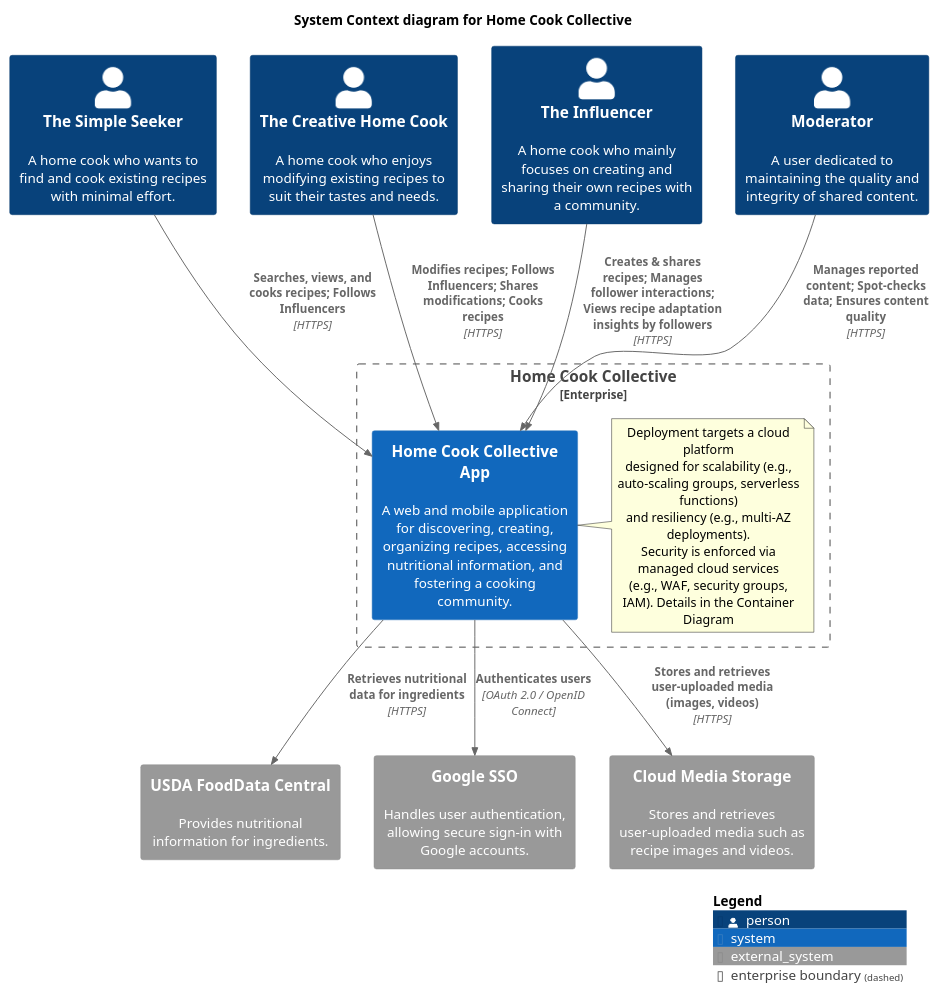
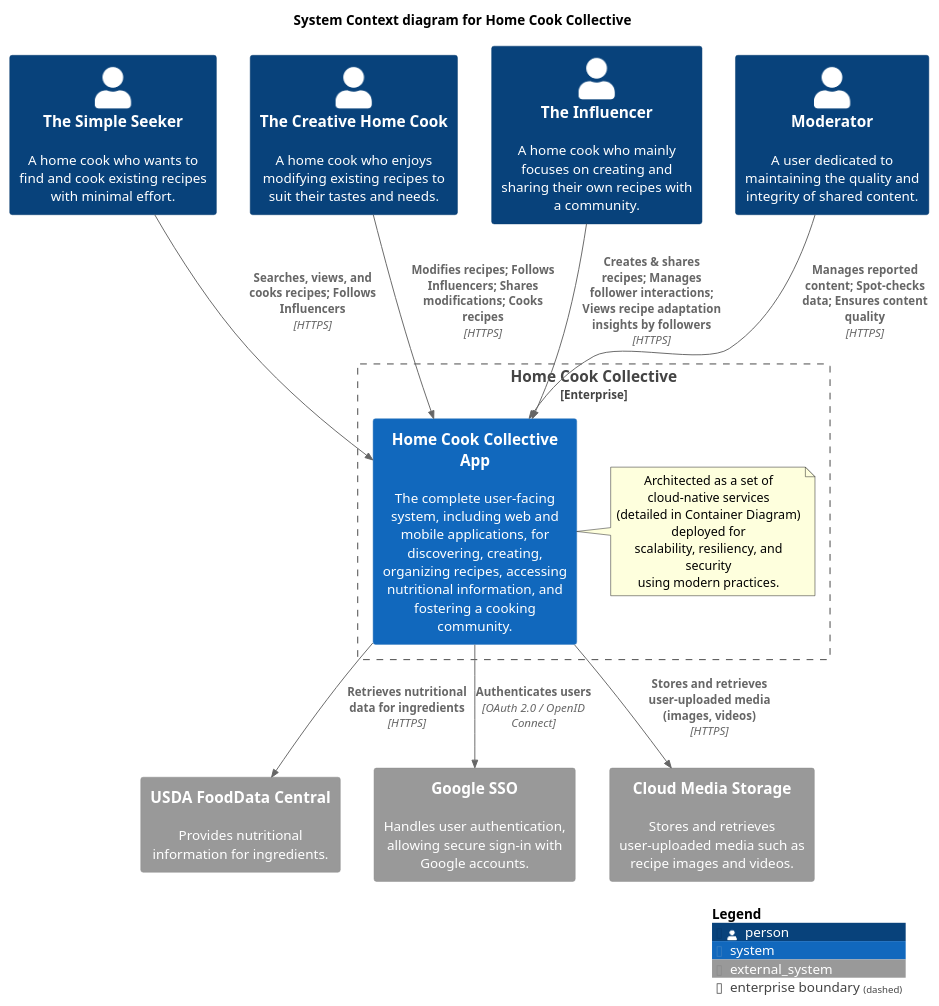
Before and after one commit to darius-despain/SE577-SoftwareArchitecture: the diagram in diagrams/src/hcc-context.puml, drawn with PlantUML. The commit also changed 3 other files, not shown here.

Commit message:
Extracted some backend details into a separate diagram, not done yet.

```diff
--- a/diagrams/src/hcc-context.puml
+++ b/diagrams/src/hcc-context.puml
@@ -1,39 +1,38 @@
 @startuml "Home-Cook-Collective-Context"
 !include ../C4_Container.puml
 title System Context diagram for Home Cook Collective
 
 ' Personas
 Person(simple_seeker, "The Simple Seeker", "A home cook who wants to find and cook existing recipes with minimal effort.")
 Person(creative_cook, "The Creative Home Cook", "A home cook who enjoys modifying existing recipes to suit their tastes and needs.")
 Person(influencer, "The Influencer", "A home cook who mainly focuses on creating and sharing their own recipes with a community.")
 Person(moderator, "Moderator", "A user dedicated to maintaining the quality and integrity of shared content.")
 
 Enterprise_Boundary(home_cook_collective, "Home Cook Collective") {
-    System(hcc_app, "Home Cook Collective App", "A web and mobile application for discovering, creating, organizing recipes, accessing nutritional information, and fostering a cooking community.")
+    System(hcc_app, "Home Cook Collective App", "The complete user-facing system, including web and mobile applications, for discovering, creating, organizing recipes, accessing nutritional information, and fostering a cooking community.")
     note right
-        Deployment targets a cloud platform
-        designed for scalability (e.g., auto-scaling groups, serverless functions)
-        and resiliency (e.g., multi-AZ deployments).
-        Security is enforced via managed cloud services
-        (e.g., WAF, security groups, IAM). Details in the Container Diagram
+        Architected as a set of cloud-native services
+        (detailed in Container Diagram) deployed for
+        scalability, resiliency, and security
+        using modern practices.
     end note
 }
 
 ' External Systems
 System_Ext(usda_food_data, "USDA FoodData Central","Provides nutritional information for ingredients.")
 System_Ext(google_sso, "Google SSO", "Handles user authentication, allowing secure sign-in with Google accounts.")
 System_Ext(media_storage, "Cloud Media Storage", "Stores and retrieves user-uploaded media such as recipe images and videos.")
 
 ' Persona to System Relationships
 Rel(simple_seeker, hcc_app, "Searches, views, and cooks recipes; Follows Influencers", "HTTPS")
 Rel(creative_cook, hcc_app, "Modifies recipes; Follows Influencers; Shares modifications; Cooks recipes", "HTTPS")
 Rel(influencer, hcc_app, "Creates & shares recipes; Manages follower interactions; Views recipe adaptation insights by followers", "HTTPS")
 Rel(moderator, hcc_app, "Manages reported content; Spot-checks data; Ensures content quality", "HTTPS")
 
 ' System to External System Relationships
 Rel(hcc_app, google_sso, "Authenticates users", "OAuth 2.0 / OpenID Connect")
 Rel(hcc_app, media_storage, "Stores and retrieves user-uploaded media (images, videos)", "HTTPS")
 Rel(hcc_app, usda_food_data, "Retrieves nutritional data for ingredients", "HTTPS")
 
 SHOW_LEGEND()
 @enduml
```
